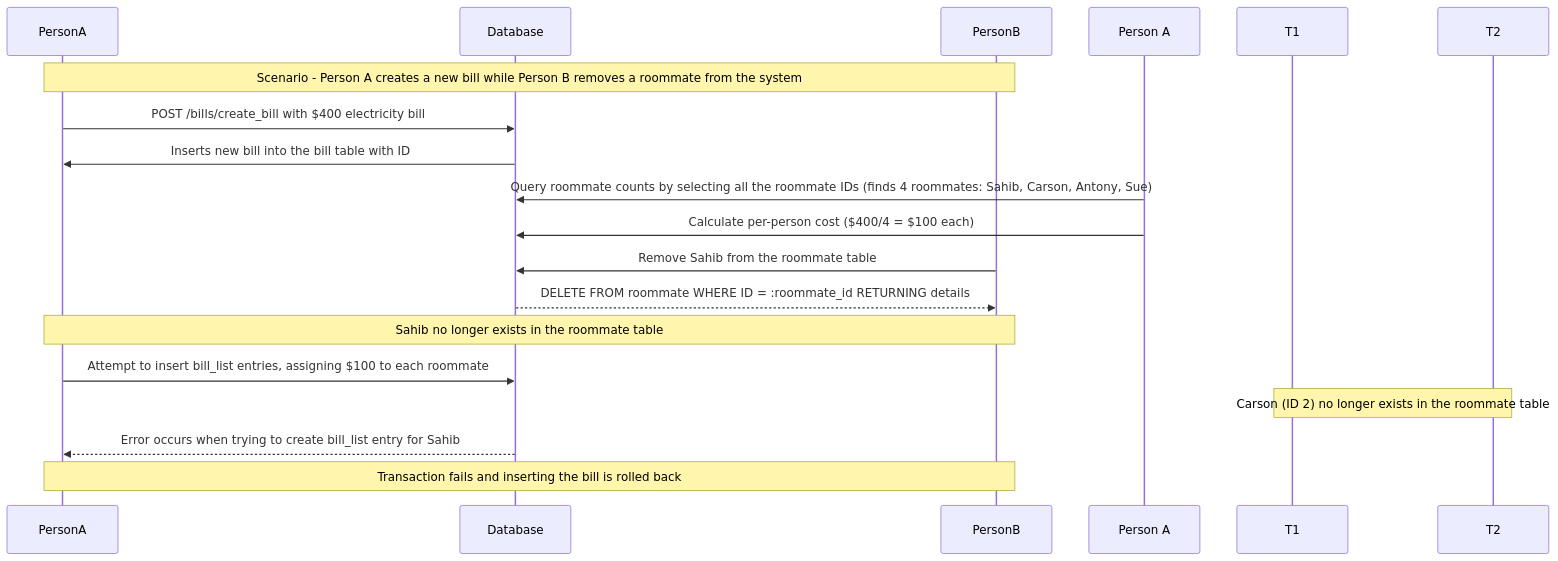
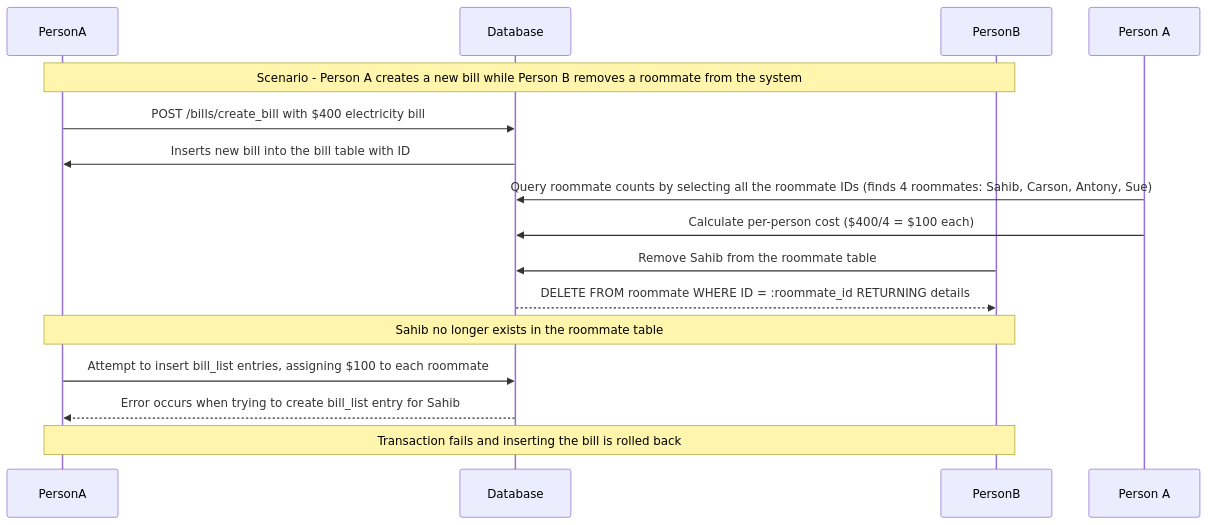
One commit to s6hib/Chore-Tracker-API changed the first of 2 diagrams in docs/concurrency.md. Above: the diagram before and after it, drawn with Mermaid.

Commit message:
add sequence diagram for scenario 1

````diff
--- a/docs/concurrency.md
+++ b/docs/concurrency.md
@@ -18,19 +18,18 @@
 ``` mermaid
 sequenceDiagram
     participant PersonA
     participant Database
     participant PersonB
 
     Note over PersonA, PersonB: Scenario - Person A creates a new bill while Person B removes a roommate from the system
     PersonA->>Database: POST /bills/create_bill with $400 electricity bill
     Database->>PersonA: Inserts new bill into the bill table with ID #14
     Person A->>Database: Query roommate counts by selecting all the roommate IDs (finds 4 roommates: Sahib, Carson, Antony, Sue)
     Person A->>Database: Calculate per-person cost ($400/4 = $100 each)
     PersonB->>Database: Remove Sahib from the roommate table
     Database-->>PersonB: DELETE FROM roommate WHERE ID = :roommate_id RETURNING details
     Note over PersonA, PersonB: Sahib no longer exists in the roommate table
     PersonA->>Database: Attempt to insert bill_list entries, assigning $100 to each roommate
-    Note over T1, T2: Carson (ID 2) no longer exists in the roommate table
     Database-->>PersonA: Error occurs when trying to create bill_list entry for Sahib
     Note over PersonA, PersonB: Transaction fails and inserting the bill is rolled back
 ```
````
